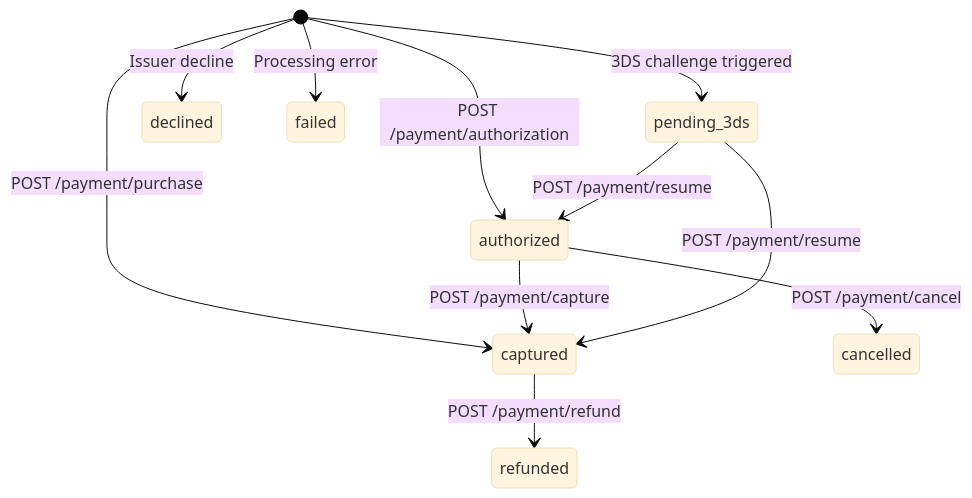
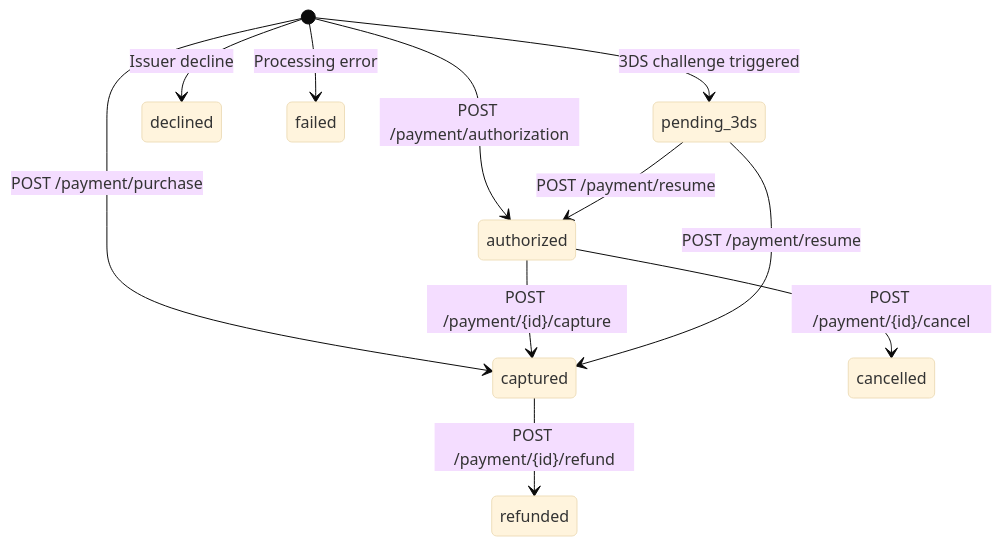
Before and after one commit to therius-pay/docs: the diagram in concepts/payment-lifecycle.mdx, drawn with Mermaid (base theme). The commit also changed other lines of this file and 11 other files, not shown here.

First line of the commit message:
docs: payment lifecycle now addressed by POST /payment/{id}/...

````diff
--- a/concepts/payment-lifecycle.mdx
+++ b/concepts/payment-lifecycle.mdx
@@ -72,13 +76,13 @@
 ```mermaid
 stateDiagram-v2
     [*] --> authorized : POST /payment/authorization
     [*] --> captured : POST /payment/purchase
-    authorized --> captured : POST /payment/capture
-    authorized --> cancelled : POST /payment/cancel
-    captured --> refunded : POST /payment/refund
+    authorized --> captured : POST /payment/{id}/capture
+    authorized --> cancelled : POST /payment/{id}/cancel
+    captured --> refunded : POST /payment/{id}/refund
     [*] --> pending_3ds : 3DS challenge triggered
     pending_3ds --> authorized : POST /payment/resume
     pending_3ds --> captured : POST /payment/resume
     [*] --> declined : Issuer decline
     [*] --> failed : Processing error
 ```
````
